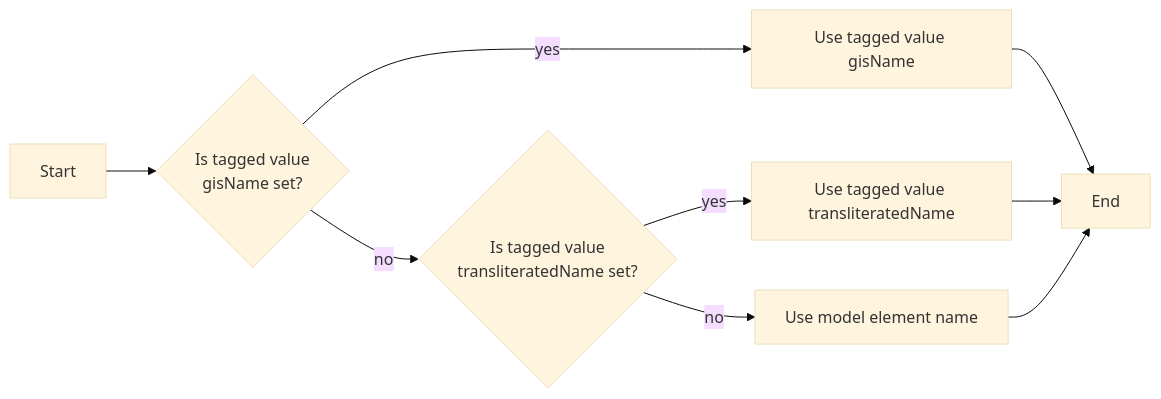
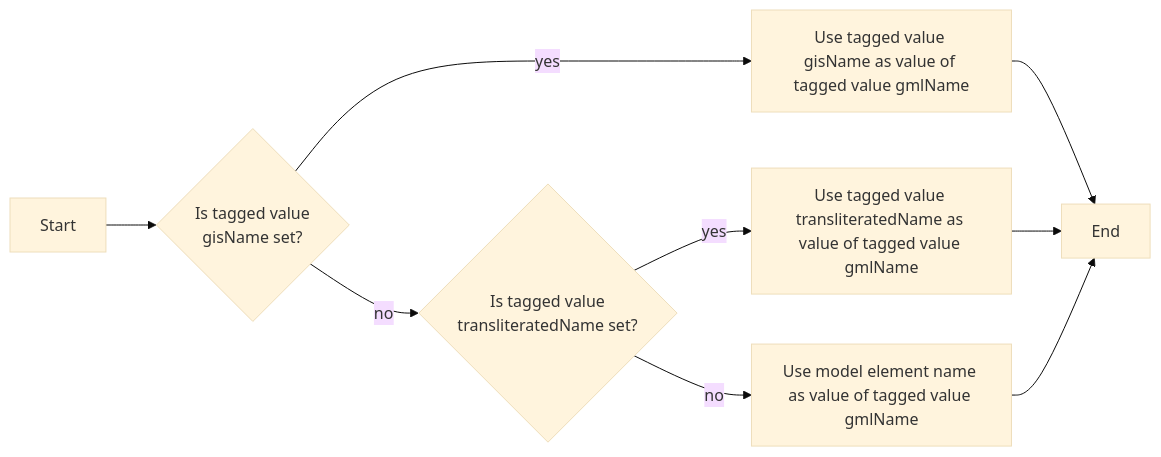
The second of 3 diagrams in src/README.md (SDFIdk/ea-modelling-tools-javascript), drawn with Mermaid (base theme) before and after one commit. The commit also changed other lines of this file and 20 other files, not shown here.

````diff
--- a/src/README.md
+++ b/src/README.md
@@ -186,16 +183,16 @@
 ```mermaid
 flowchart LR
     %% decisions
     gisNameSet{"Is tagged value<br />gisName set?"}
     transliteratedNameSet{Is tagged value<br />transliteratedName set?}
     %% outcomes
-    useGisName[Use tagged value gisName]
-    usetransliteratedName[Use tagged value transliteratedName]
-    useModelElementName[Use model element name]
+    useGisName[Use tagged value gisName as value of tagged value gmlName]
+    usetransliteratedName[Use tagged value transliteratedName as value of tagged value gmlName]
+    useModelElementName[Use model element name as value of tagged value gmlName]
     %% arrows
     Start --> gisNameSet
     gisNameSet --> | yes | useGisName --> End
     gisNameSet --> | no | transliteratedNameSet
     transliteratedNameSet --> | yes | usetransliteratedName --> End
     transliteratedNameSet --> | no | useModelElementName --> End
  ```
````
